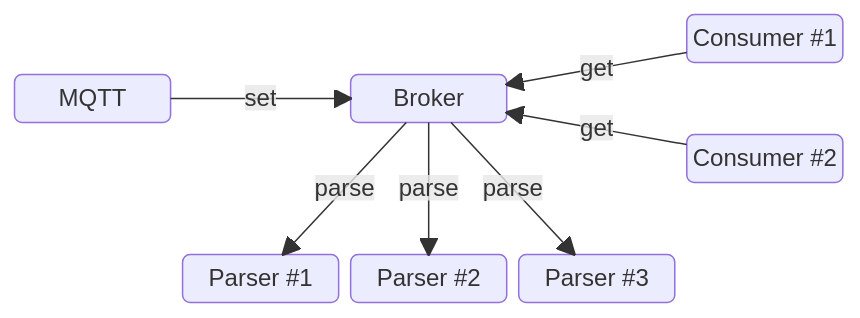
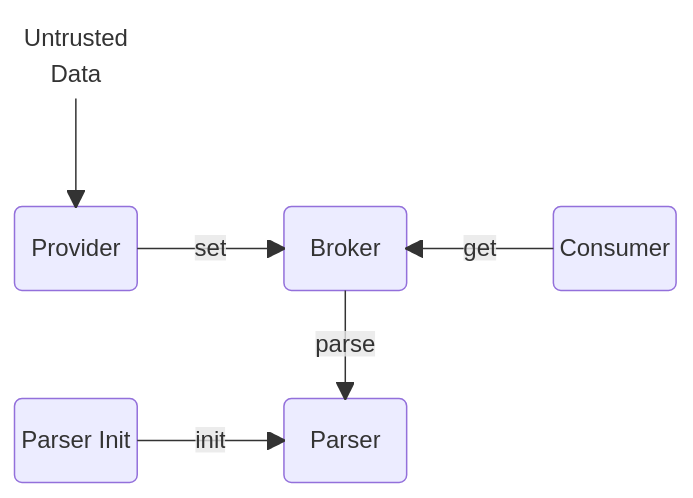
One commit to PhilDay-CT/cheriot-demos changed the first of 4 diagrams in configuration_broker/README.md. Above: the diagram before and after it, drawn with Mermaid. The commit also changed other lines of this file and 19 other files, not shown here.

````diff
--- a/configuration_broker/README.md
+++ b/configuration_broker/README.md
@@ -74,16 +77,19 @@
 ```mermaid
 block-beta
+    untrustedData("Untrusted\nData") space:4
     columns 5
-    space:4 consumer#1("Consumer #1")
-    provider("MQTT") space broker("Broker") space:2
-    space:4 consumer#2("Consumer #2")
     space:5
-    space:1 parser#1("Parser #1") parser#2("Parser #2") parser#3("Parser #3") 
+    provider("Provider") space broker("Broker") space consumer("Consumer")
+    space:5
+    p_init("Parser Init") space:1 parser("Parser") space:2
+    space:5
     
+    style untrustedData fill:#fff,stroke:#fff
+    
+    untrustedData --> provider
     provider-- "set" -->broker
-    consumer#1-- "get" -->broker
-    consumer#2-- "get" -->broker
-    broker-- "parse" -->parser#1
-    broker-- "parse" -->parser#2
-    broker-- "parse" -->parser#3
+    consumer-- "get" -->broker
+    broker-- "parse" -->parser
+    
+    p_init --"init"--> parser
 ```
````
